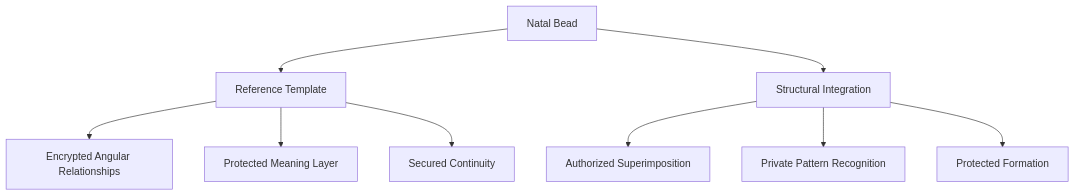
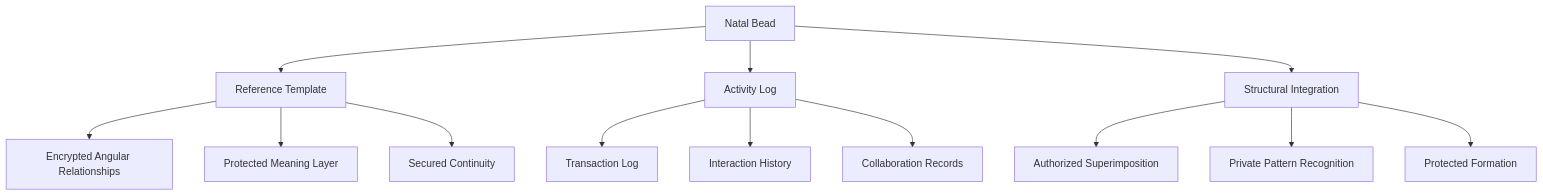
One commit to heavyblotto/memorativa changed diagram 31 of 51 in docs/memorativa-design.md. Above: the diagram before and after it, drawn with Mermaid. The commit also changed other lines of this file, not shown here.

````diff
--- a/docs/memorativa-design.md
+++ b/docs/memorativa-design.md
@@ -2706,13 +2714,18 @@
 ```mermaid
 graph TD
     NB[Natal Bead] --> RT[Reference Template]
+    NB --> AL[Activity Log]
     NB --> SI[Structural Integration]
     
     RT --> AR[Encrypted Angular Relationships]
     RT --> PM[Protected Meaning Layer]
     RT --> IC[Secured Continuity]
     
+    AL --> TL[Transaction Log]
+    AL --> IH[Interaction History]
+    AL --> CH[Collaboration Records]
+    
     SI --> SP[Authorized Superimposition]
     SI --> PR[Private Pattern Recognition]
     SI --> PF[Protected Formation]
 ```
````
